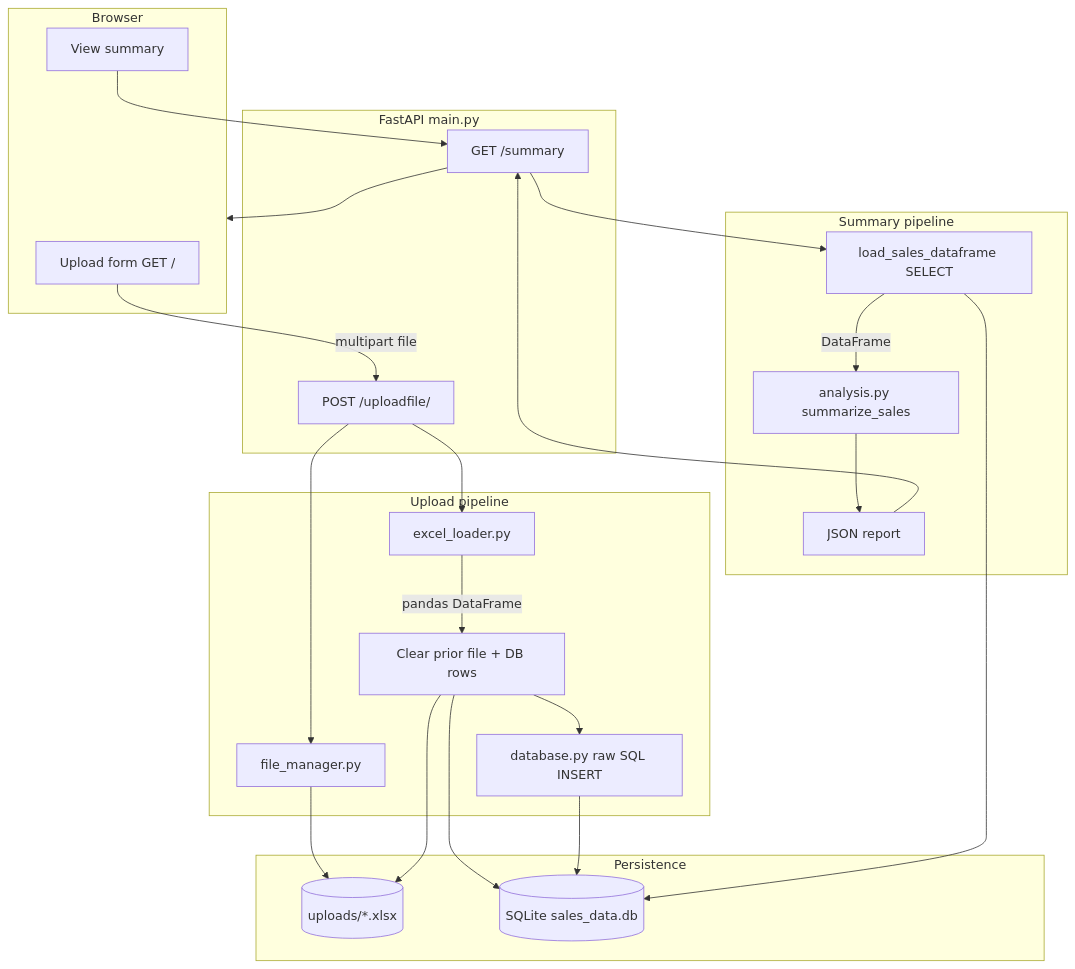
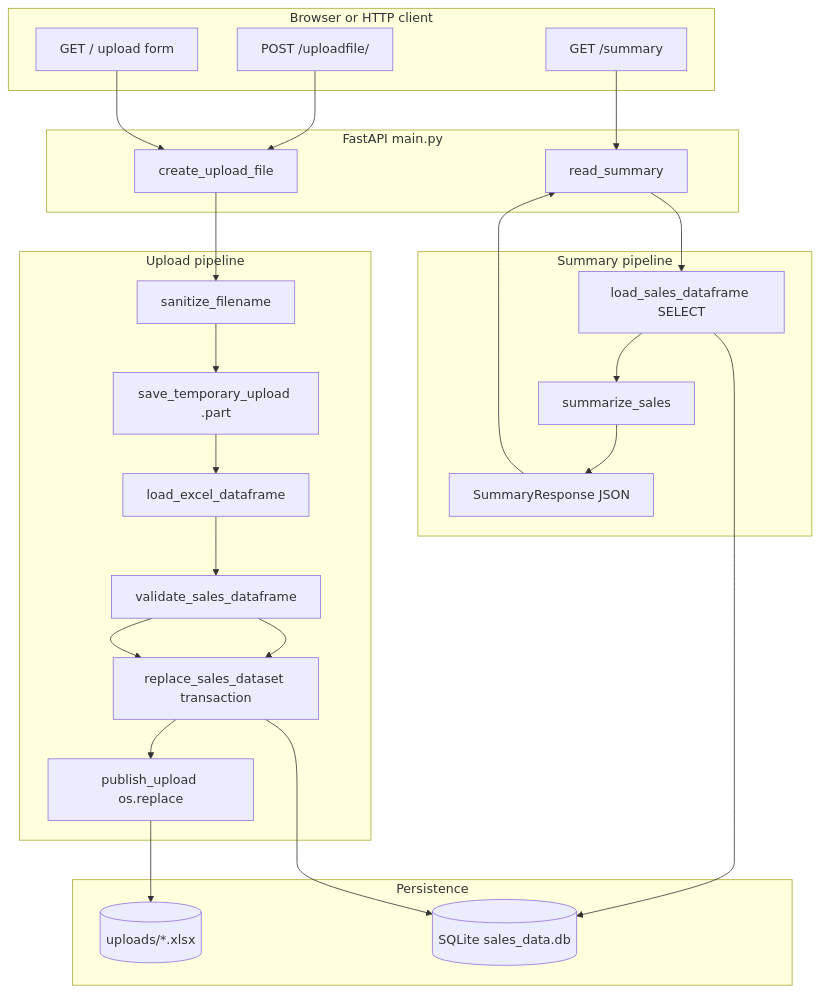
Before and after one commit to MiroslavKocian/financial-report-generator: the diagram in README.md, drawn with Mermaid. The commit also changed other lines of this file and 18 other files, not shown here.

First line of the commit message:
Harden upload pipeline and document run paths for demo.

````diff
--- a/README.md
+++ b/README.md
@@ -26,48 +42,43 @@
 ```mermaid
 flowchart TD
-    subgraph client [Browser]
-        form[Upload form GET /]
-        summaryLink[View summary]
+    subgraph client [Browser or HTTP client]
+        form[GET / upload form]
+        post[POST /uploadfile/]
+        summary[GET /summary]
     end
 
     subgraph api [FastAPI main.py]
-        uploadRoute[POST /uploadfile/]
-        summaryRoute[GET /summary]
+        uploadRoute[create_upload_file]
+        summaryRoute[read_summary]
     end
 
-    subgraph ingest [Upload pipeline]
-        files[file_manager.py]
-        excel[excel_loader.py]
-        clear[Clear prior file + DB rows]
-        dbWrite[database.py raw SQL INSERT]
+    subgraph uploadPipeline [Upload pipeline]
+        sanitize[sanitize_filename]
+        temp[save_temporary_upload .part]
+        excel[load_excel_dataframe]
+        validate[validate_sales_dataframe]
+        replace[replace_sales_dataset transaction]
+        publish[publish_upload os.replace]
     end
 
     subgraph storage [Persistence]
         disk[(uploads/*.xlsx)]
         sqlite[(SQLite sales_data.db)]
     end
 
-    subgraph report [Summary pipeline]
-        dbRead[load_sales_dataframe SELECT]
-        pandas[analysis.py summarize_sales]
-        json[JSON report]
+    subgraph reportPipeline [Summary pipeline]
+        load[load_sales_dataframe SELECT]
+        pandas[summarize_sales]
+        json[SummaryResponse JSON]
     end
 
-    form -->|multipart file| uploadRoute
-    uploadRoute --> files
-    files --> disk
-    uploadRoute --> excel
-    excel -->|pandas DataFrame| clear
-    clear --> disk
-    clear --> sqlite
-    clear --> dbWrite
-    dbWrite --> sqlite
+    form --> uploadRoute
+    post --> uploadRoute
+    uploadRoute --> sanitize --> temp --> excel --> validate --> replace
+    replace --> sqlite
+    validate --> replace
+    replace --> publish --> disk
 
-    summaryLink --> summaryRoute
-    summaryRoute --> dbRead
-    dbRead --> sqlite
-    dbRead -->|DataFrame| pandas
-    pandas --> json
-    json --> summaryRoute
-    summaryRoute --> client
+    summary --> summaryRoute --> load --> sqlite
+    load --> pandas --> json --> summaryRoute
 ```
````
